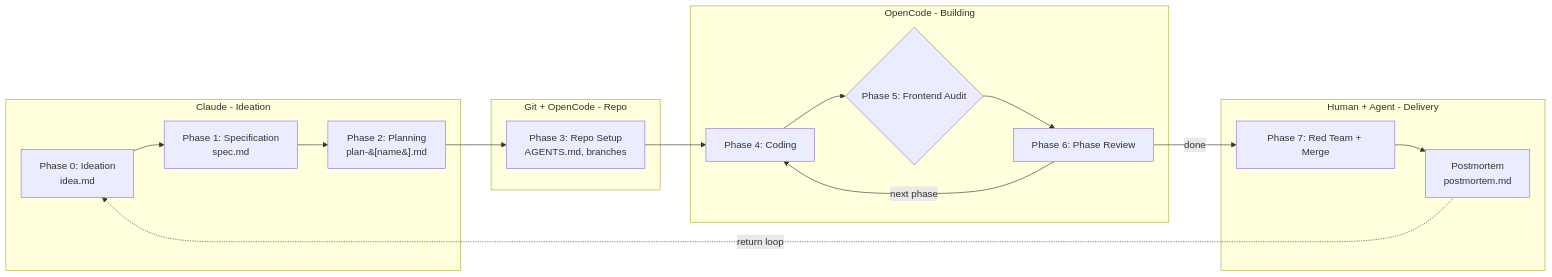
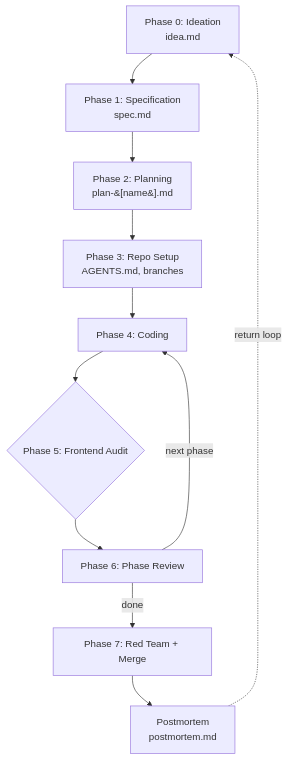
One commit to HyperZx2O/agentic-development-workflow changed the diagram in README.md. Above: the diagram before and after it, drawn with Mermaid.

Commit message:
docs: switch workflow diagram to flat top-down layout

````diff
--- a/README.md
+++ b/README.md
@@ -101,30 +101,13 @@
 ```mermaid
-flowchart LR
-    subgraph Idea[Claude - Ideation]
-        A[Phase 0: Ideation<br/>idea.md]
-        B[Phase 1: Specification<br/>spec.md]
-        C[Phase 2: Planning<br/>plan-&#91;name&#93;.md]
-    end
-
-    subgraph Setup[Git + OpenCode - Repo]
-        D[Phase 3: Repo Setup<br/>AGENTS.md, branches]
-    end
-
-    subgraph Build[OpenCode - Building]
-        E[Phase 4: Coding]
-        F{Phase 5: Frontend Audit}
-        G[Phase 6: Phase Review]
-    end
-
-    subgraph Ship[Human + Agent - Delivery]
-        H[Phase 7: Red Team + Merge]
-        I[Postmortem<br/>postmortem.md]
-    end
-
-    A --> B --> C --> D --> E
-    E --> F --> G
+flowchart TB
+    A[Phase 0: Ideation<br/>idea.md] --> B[Phase 1: Specification<br/>spec.md]
+    B --> C[Phase 2: Planning<br/>plan-&#91;name&#93;.md]
+    C --> D[Phase 3: Repo Setup<br/>AGENTS.md, branches]
+    D --> E[Phase 4: Coding]
+    E --> F{Phase 5: Frontend Audit}
+    F --> G[Phase 6: Phase Review]
     G -->|next phase| E
-    G -->|done| H
-    H --> I
+    G -->|done| H[Phase 7: Red Team + Merge]
+    H --> I[Postmortem<br/>postmortem.md]
     I -.->|return loop| A
 ```
````
